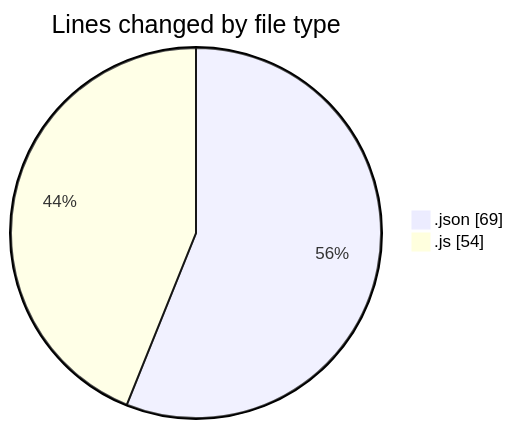
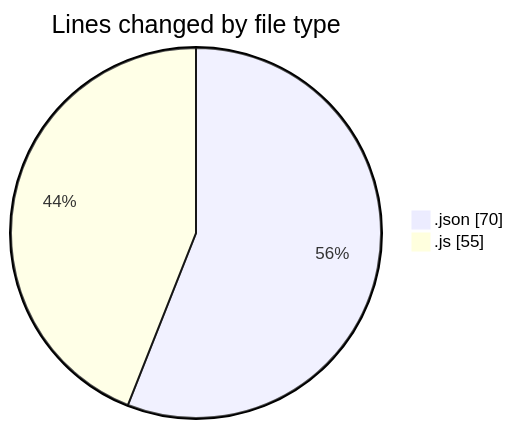
Before and after one commit to yexinjia/code-tracking: the first of 2 diagrams in 2026-07-31/mono-test/README.md, drawn with Mermaid. The commit also changed other lines of this file and 1 other file, not shown here.

````diff
--- a/2026-07-31/mono-test/README.md
+++ b/2026-07-31/mono-test/README.md
@@ -21,6 +21,6 @@
 ```mermaid
 pie showData
 title Lines changed by file type
-".json" : 69
-".js" : 54
+".json" : 70
+".js" : 55
 ```
````
